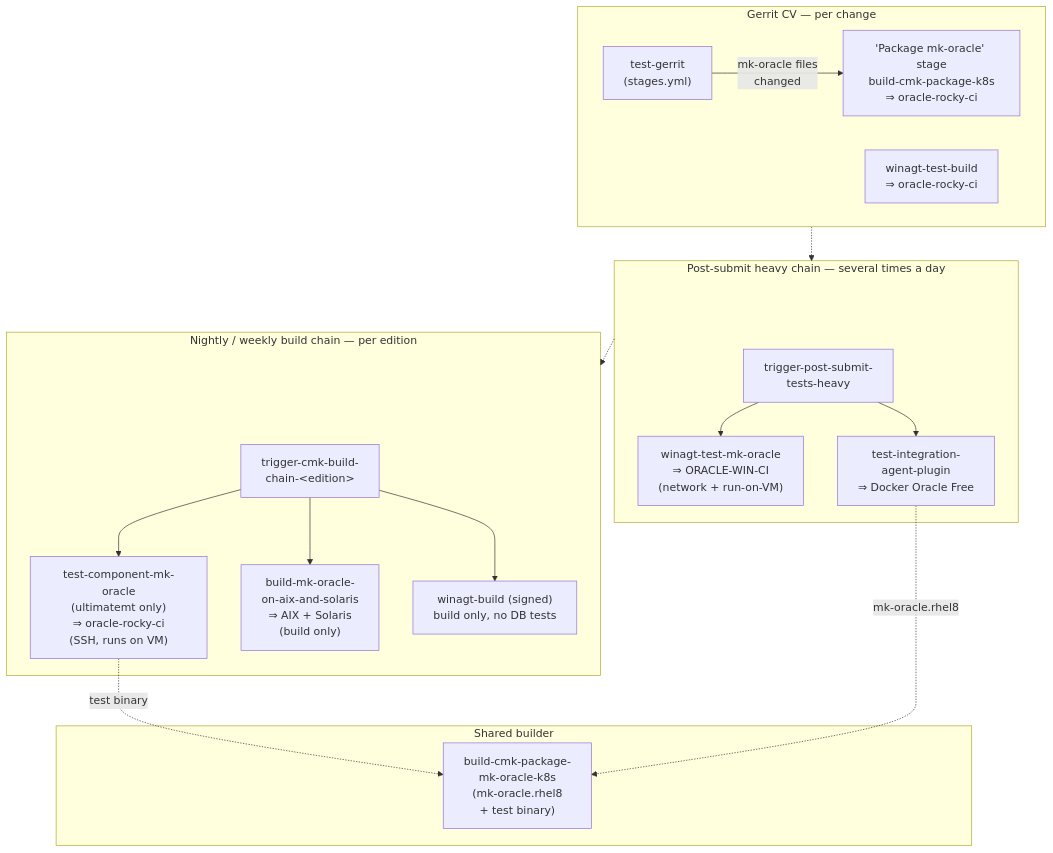
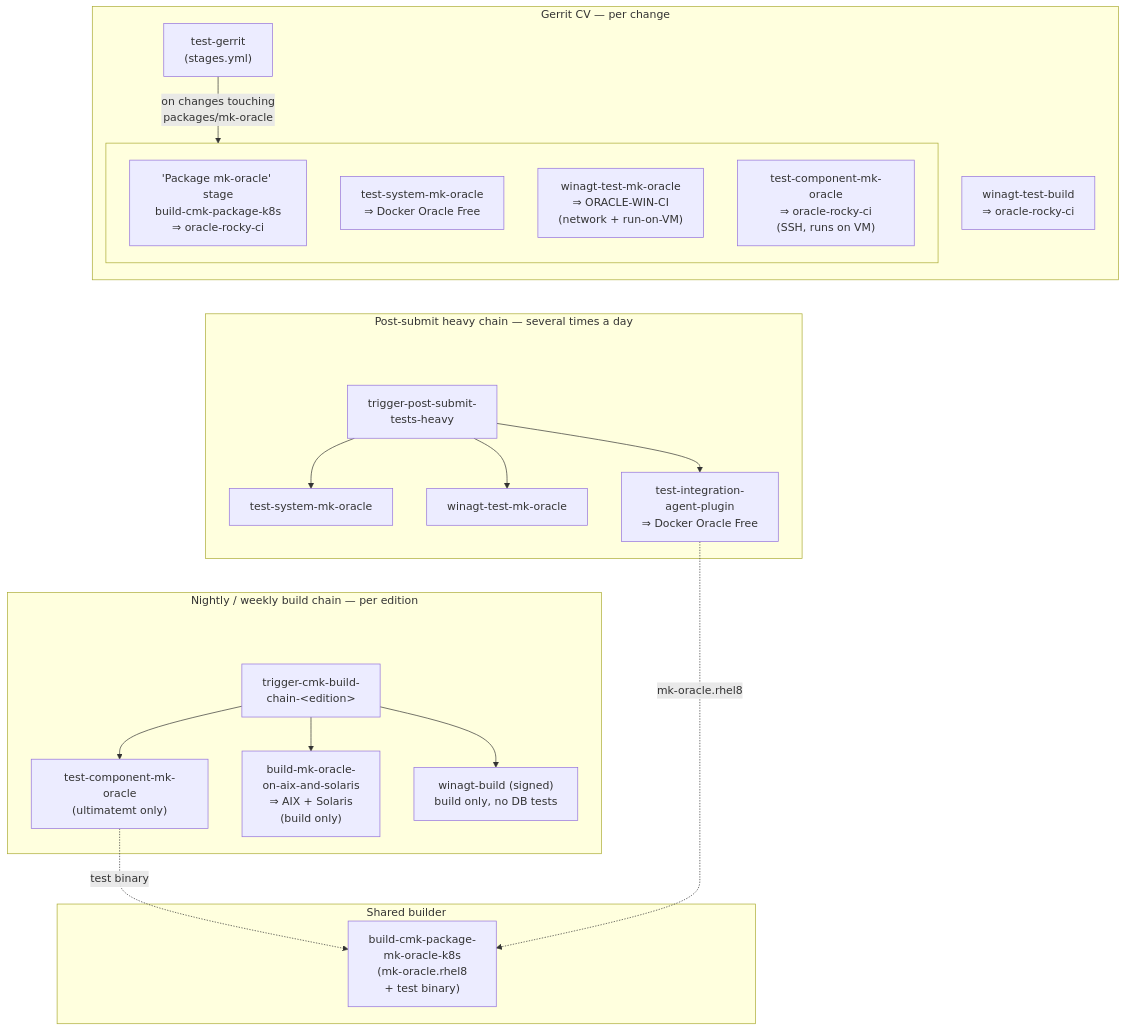
One commit to Checkmk/checkmk changed the diagram in packages/mk-oracle/tests/docs/ci-jobs.md. Above: the diagram before and after it, drawn with Mermaid. The commit also changed other lines of this file and 2 other files, not shown here.

Commit message:
mk-oracle: run the optional Oracle test jobs in the Gerrit CV
CMK-38578

test-system-mk-oracle, winagt-test-mk-oracle and
test-component-mk-oracle so far ran only post-submit (heavy chain /
nightly build chain) or had to be started manually via "start: <job>"
comments. All three are cheap (~2-10 min per run), so run them per
change touching packages/mk-oracle.

Three new conditional CV stages trigger the existing job definitions,
guarded by CHANGED_MK_ORACLE_FILES only — analogous to the existing
"Build mk-oracle on AIX and Solaris" stage. Both parameterised jobs
get EDITION/VERSION (and DISTRO for the system tests) pinned
explicitly instead of relying on defaults from the job-definition
repo; the plugin is edition-independent, ultimatemt matches the
nightly chain's choice. The system-test stage publishes its junit
report into the CV result table.

````diff
--- a/packages/mk-oracle/tests/docs/ci-jobs.md
+++ b/packages/mk-oracle/tests/docs/ci-jobs.md
@@ -20,45 +23,52 @@
 ```mermaid
 flowchart TD
     subgraph CV["Gerrit CV — per change"]
         TG["test-gerrit<br/>(stages.yml)"]
-        PKG["'Package mk-oracle' stage<br/>build-cmk-package-k8s<br/>⇒ oracle-rocky-ci"]
         WTB["winagt-test-build<br/>⇒ oracle-rocky-ci"]
-        TG -->|"mk-oracle files<br/>changed"| PKG
+        subgraph CVORA[" "]
+            PKG["'Package mk-oracle' stage<br/>build-cmk-package-k8s<br/>⇒ oracle-rocky-ci"]
+            CVTSM["test-system-mk-oracle<br/>⇒ Docker Oracle Free"]
+            CVWMO["winagt-test-mk-oracle<br/>⇒ ORACLE-WIN-CI<br/>(network + run-on-VM)"]
+            CVTCM["test-component-mk-oracle<br/>⇒ oracle-rocky-ci<br/>(SSH, runs on VM)"]
+        end
+        TG -->|"on changes touching<br/>packages/mk-oracle"| CVORA
     end
-
 
     subgraph HEAVY["Post-submit heavy chain — several times a day"]
         HSPACE[" "]
         TH["trigger-post-submit-<br/>tests-heavy"]
-        WMO["winagt-test-mk-oracle<br/>⇒ ORACLE-WIN-CI<br/>(network + run-on-VM)"]
+        HSPACE ~~~ TH
+        HTSM["test-system-mk-oracle"]
+        HWMO["winagt-test-mk-oracle"]
         IAP["test-integration-<br/>agent-plugin<br/>⇒ Docker Oracle Free"]
-        HSPACE ~~~ TH
-        TH --> WMO
+        TH --> HTSM
+        TH --> HWMO
         TH --> IAP
     end
 
     subgraph NIGHTLY["Nightly / weekly build chain — per edition"]
         NSPACE[" "]
         BC["trigger-cmk-build-<br/>chain-&lt;edition&gt;"]
         NSPACE ~~~ BC
-        TCM["test-component-mk-oracle<br/>(ultimatemt only)<br/>⇒ oracle-rocky-ci<br/>(SSH, runs on VM)"]
+        NTCM["test-component-mk-oracle<br/>(ultimatemt only)"]
         AIXSOL["build-mk-oracle-<br/>on-aix-and-solaris<br/>⇒ AIX + Solaris<br/>(build only)"]
         WB["winagt-build (signed)<br/>build only, no DB tests"]
-        BC --> TCM
+        BC --> NTCM
         BC --> AIXSOL
         BC --> WB
     end
 
     subgraph SHARED["Shared builder"]
         K8S["build-cmk-package-<br/>mk-oracle-k8s<br/>(mk-oracle.rhel8<br/>+ test binary)"]
     end
 
-    CV -.-> HEAVY
-    HEAVY -.-> NIGHTLY
+    %% invisible links: keep the blocks in development-workflow order
+    CVTSM ~~~ HSPACE
+    HTSM ~~~ NSPACE
 
-    TCM -. "test binary" .-> K8S
+    NTCM -. "test binary" .-> K8S
     IAP -. "mk-oracle.rhel8" .-> K8S
 
     classDef spacer fill:none,stroke:none
     class HSPACE,NSPACE spacer
 ```
````
